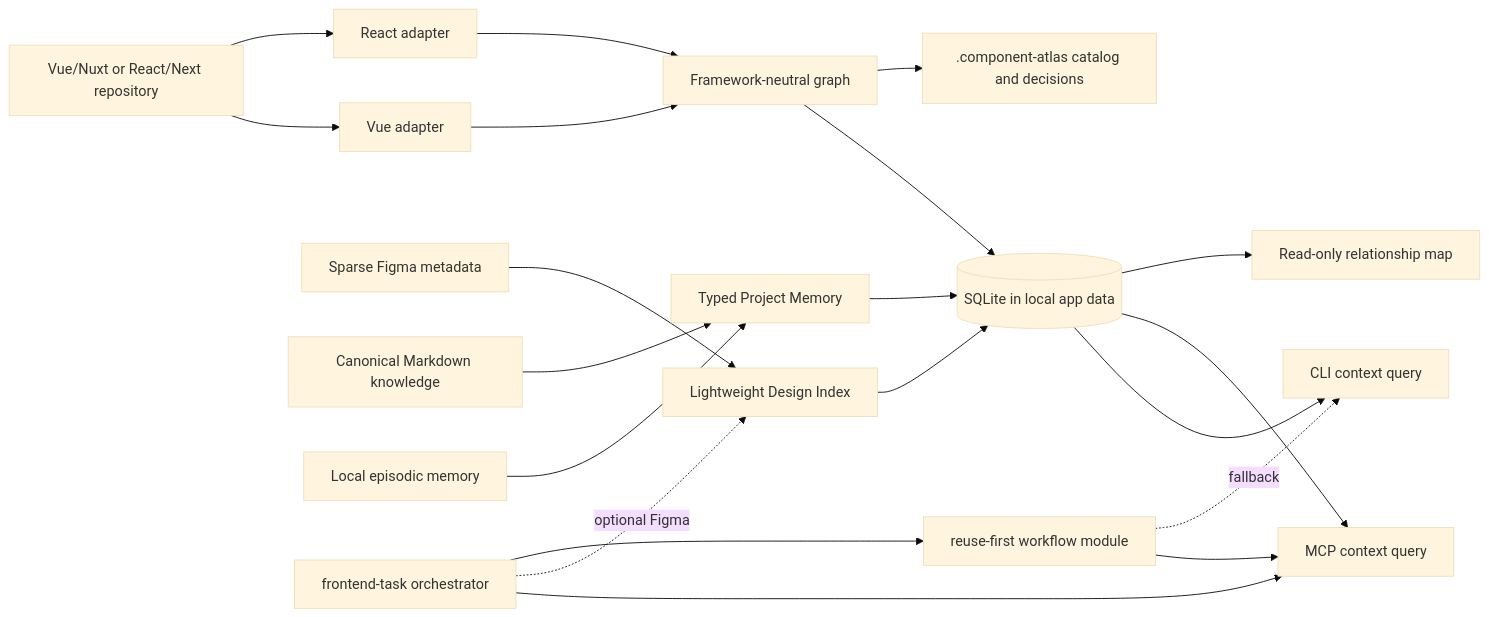
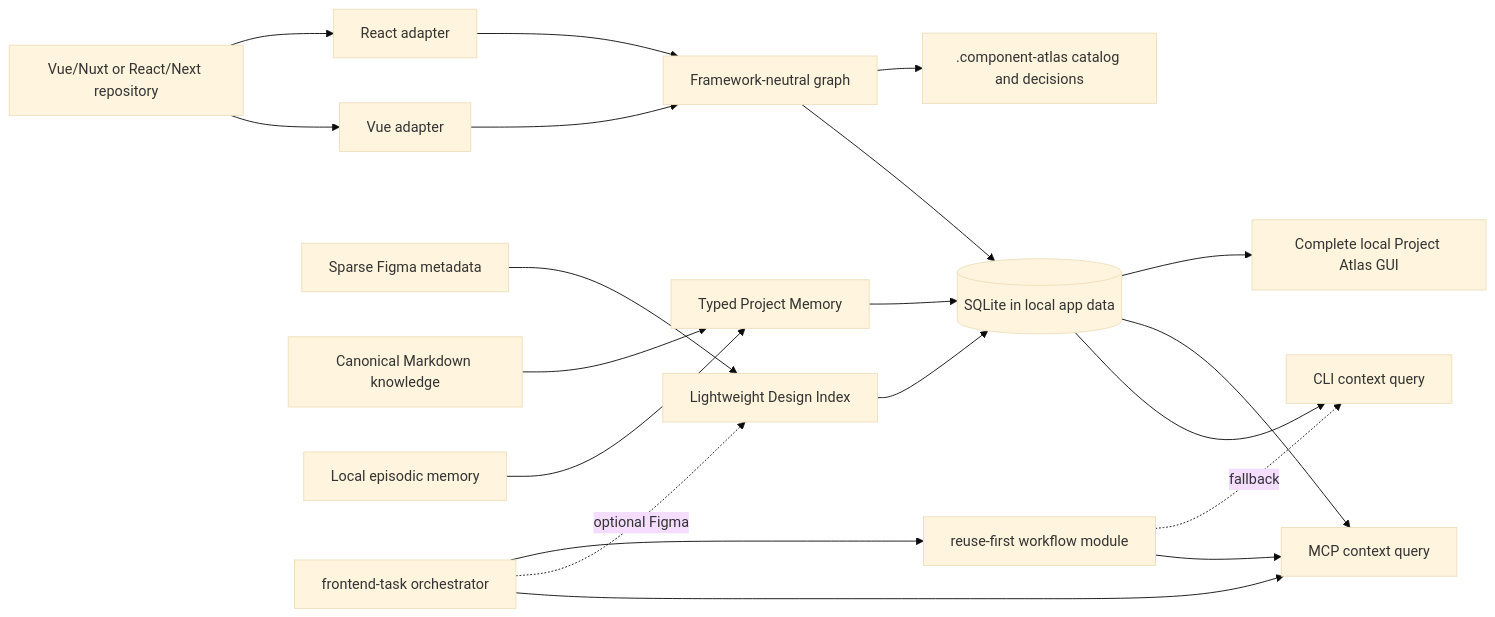
One commit to jesus-molano/project-atlas changed the diagram in docs/architecture.md. Above: the diagram before and after it, drawn with Mermaid (base theme). The commit also changed other lines of this file and 70 other files, not shown here.

Commit message:
feat: complete Project Atlas control plane

````diff
--- a/docs/architecture.md
+++ b/docs/architecture.md
@@ -7,39 +7,39 @@
 ```mermaid
 flowchart LR
   R[Vue/Nuxt or React/Next repository]
   V[Vue adapter]
   X[React adapter]
   G[Framework-neutral graph]
   F[Sparse Figma metadata]
   D[Lightweight Design Index]
   H[Canonical Markdown knowledge]
   E[Local episodic memory]
   P[Typed Project Memory]
   S[(SQLite in local app data)]
   A[.component-atlas catalog and decisions]
   C[CLI context query]
   M[MCP context query]
-  W[Read-only relationship map]
+  W[Complete local Project Atlas GUI]
   T[frontend-task orchestrator]
   K[reuse-first workflow module]
 
   R --> V
   R --> X
   V --> G
   X --> G
   F --> D
   G --> S
   D --> S
   H --> P
   E --> P
   P --> S
   G --> A
   S --> C
   S --> M
   S --> W
   T --> M
   T -. optional Figma .-> D
   T --> K
   K --> M
   K -. fallback .-> C
 ```
````
